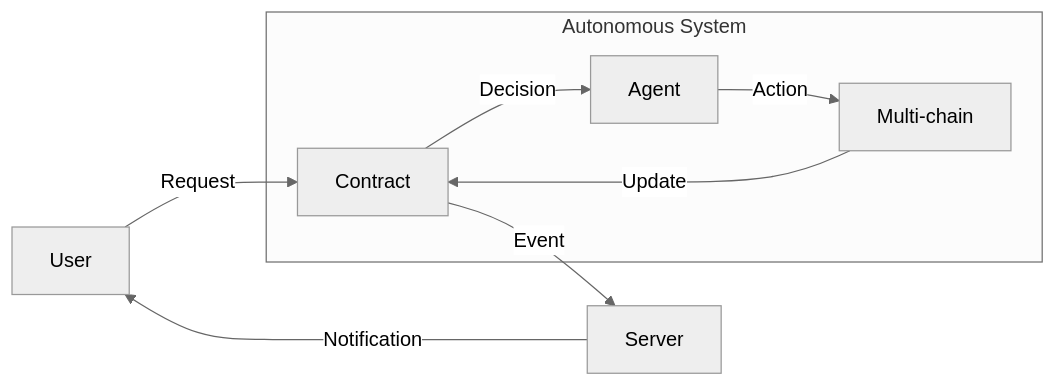
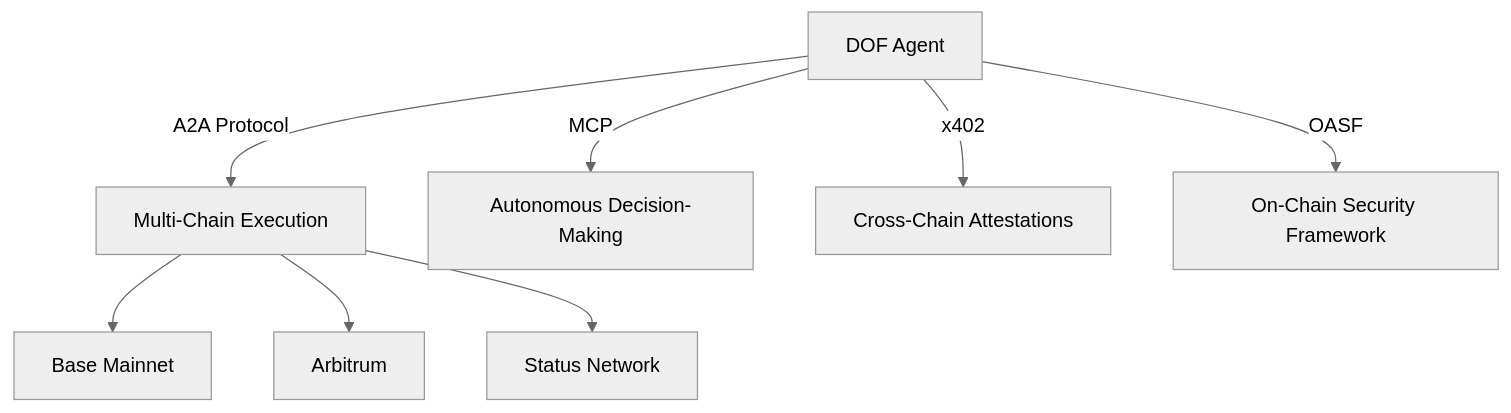
One commit to Cyberpaisa/deterministic-observability-framework changed the diagram in README.md. Above: the diagram before and after it, drawn with Mermaid (neutral theme). The commit also changed other lines of this file and 2 other files, not shown here.

Commit message:
🤖 DOF v4 cycle #50 — 2026-03-15T23:26:21Z — add_feature: Building concrete features for Synthesis 2026 trac

````diff
--- a/README.md
+++ b/README.md
@@ -11,11 +29,10 @@
 ```mermaid
-graph LR
-    A[User] -->| Request | B[Contract]
-    B -->| Event | C[Server]
-    C -->| Notification | A
-    subgraph Autonomous System
-        B -->| Decision | D[Agent]
-        D -->| Action | E[Multi-chain]
-        E -->| Update | B
-    end
+graph TD
+    A[DOF Agent] -->|A2A Protocol| B[Multi-Chain Execution]
+    A -->|MCP| C[Autonomous Decision-Making]
+    A -->|x402| D[Cross-Chain Attestations]
+    A -->|OASF| E[On-Chain Security Framework]
+    B --> F[Base Mainnet]
+    B --> G[Arbitrum]
+    B --> H[Status Network]
 ```
````
